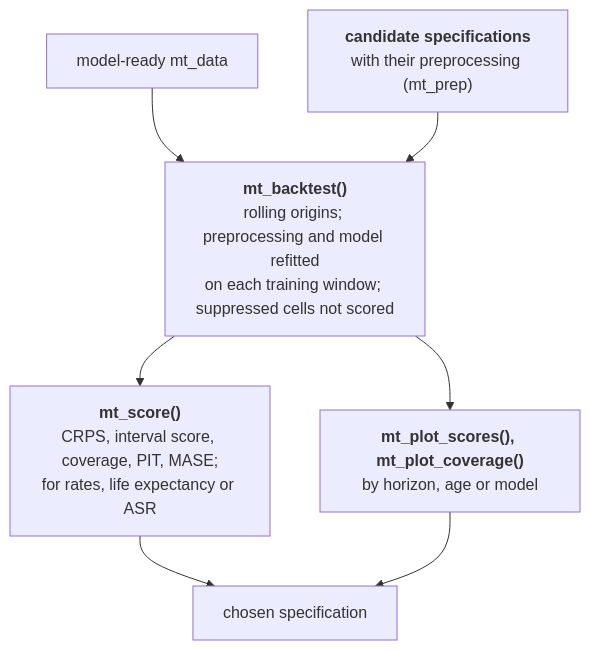
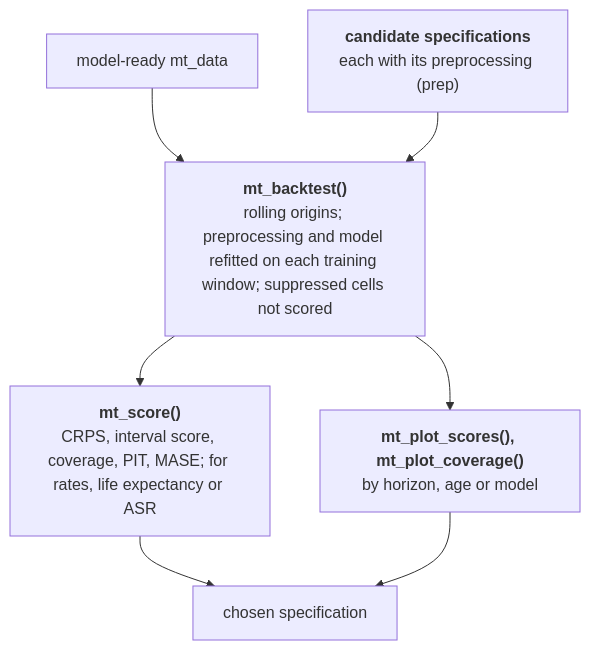
The fourth of 5 diagrams in vignettes/articles/function-map.Rmd (kalleEF/mortensor), drawn with Mermaid before and after one commit. The commit also changed other lines of this file and 4 other files, not shown here.

First line of the commit message:
Function map: readable diagrams on the website

````diff
--- a/vignettes/articles/function-map.Rmd
+++ b/vignettes/articles/function-map.Rmd
@@ -173,19 +118,17 @@
 ```mermaid
 flowchart TD
   M["model-ready mt_data"]
   SP["`**candidate specifications**
-  with their preprocessing (mt_prep)`"]
+  each with its preprocessing (prep)`"]
   BT["`**mt_backtest()**
-  rolling origins; preprocessing and model refitted
-  on each training window; suppressed cells not scored`"]
+  rolling origins; preprocessing and model refitted on each training window; suppressed cells not scored`"]
   SC["`**mt_score()**
-  CRPS, interval score, coverage, PIT, MASE;
-  for rates, life expectancy or ASR`"]
+  CRPS, interval score, coverage, PIT, MASE; for rates, life expectancy or ASR`"]
   PL["`**mt_plot_scores(), mt_plot_coverage()**
   by horizon, age or model`"]
   CH["chosen specification"]
   M --> BT
   SP --> BT
   BT --> SC --> CH
   BT --> PL --> CH
 ```
````
